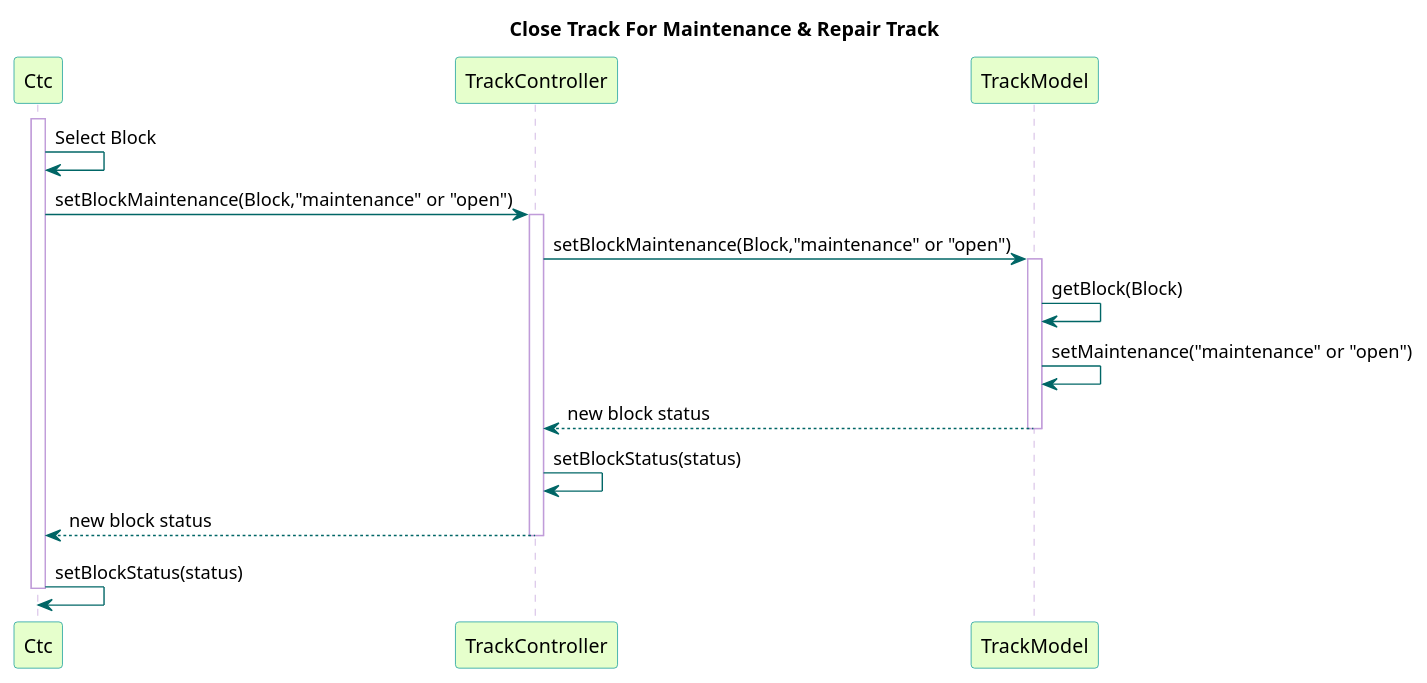
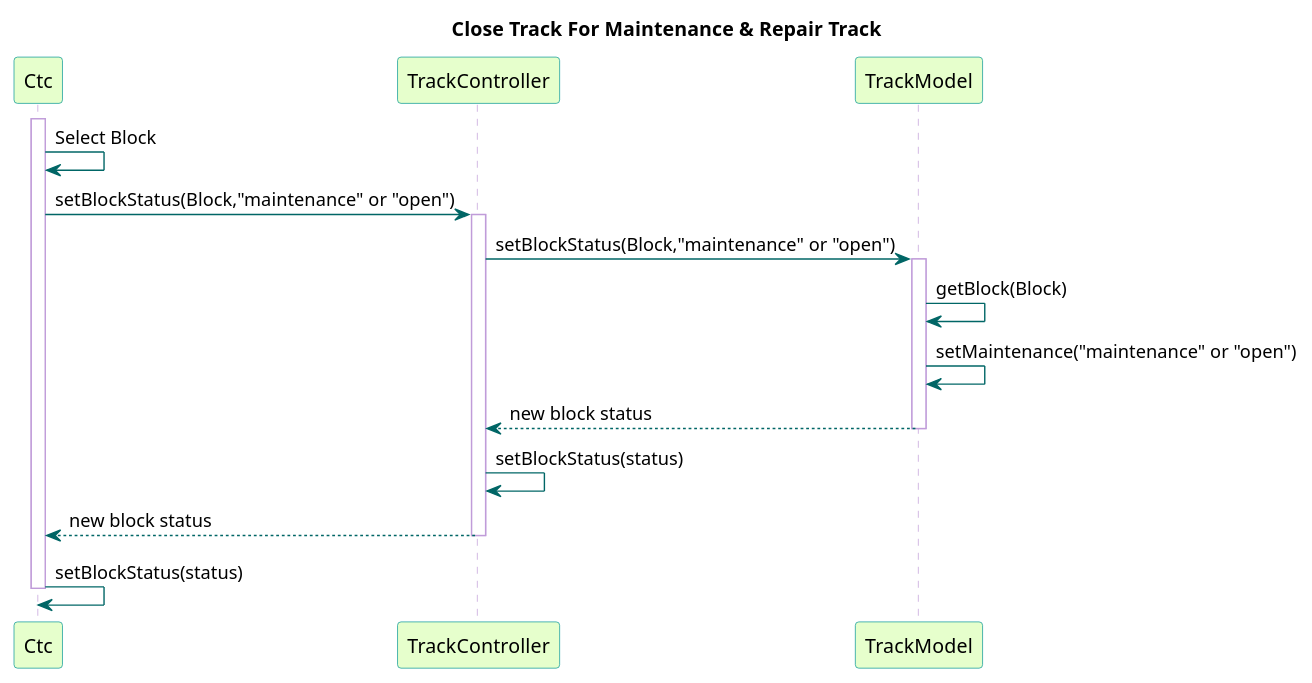
The diagram in TrainSystem/yUML/Sequence Diagrams/Overall/PerformMaintenanceAndRepairTrack.pu (kevingilboy/COE1186), drawn with PlantUML before and after one commit. The commit also changed 1 other file, not shown here.

```diff
--- a/TrainSystem/yUML/Sequence Diagrams/Overall/PerformMaintenanceAndRepairTrack.pu
+++ b/TrainSystem/yUML/Sequence Diagrams/Overall/PerformMaintenanceAndRepairTrack.pu
@@ -1,37 +1,37 @@
 @startuml
 
 title Close Track For Maintenance & Repair Track
 
 skinparam sequence {
   BackgroundColor transparent
   ParticipantBackgroundColor #e6ffcc
   ParticipantBorderColor 	#049595
   PackageBorderCOlor  #049595
   ArrowColor #006666
   LifeLineBorderColor #c09cd9
 }
 
 participant Ctc
 participant TrackController
 participant TrackModel
 
 activate Ctc
 Ctc -> Ctc : Select Block
-Ctc -> TrackController : setBlockMaintenance(Block,"maintenance" or "open")
+Ctc -> TrackController : setBlockStatus(Block,"maintenance" or "open")
 
 activate TrackController
-TrackController -> TrackModel : setBlockMaintenance(Block,"maintenance" or "open")
+TrackController -> TrackModel : setBlockStatus(Block,"maintenance" or "open")
 
 activate TrackModel
 TrackModel -> TrackModel : getBlock(Block)
 TrackModel -> TrackModel : setMaintenance("maintenance" or "open")
 TrackModel --> TrackController : new block status
 deactivate TrackModel
 
 TrackController -> TrackController : setBlockStatus(status)
 TrackController --> Ctc : new block status
 deactivate TrackController
 
 Ctc -> Ctc : setBlockStatus(status)
 deactivate Ctc
 @enduml
```
